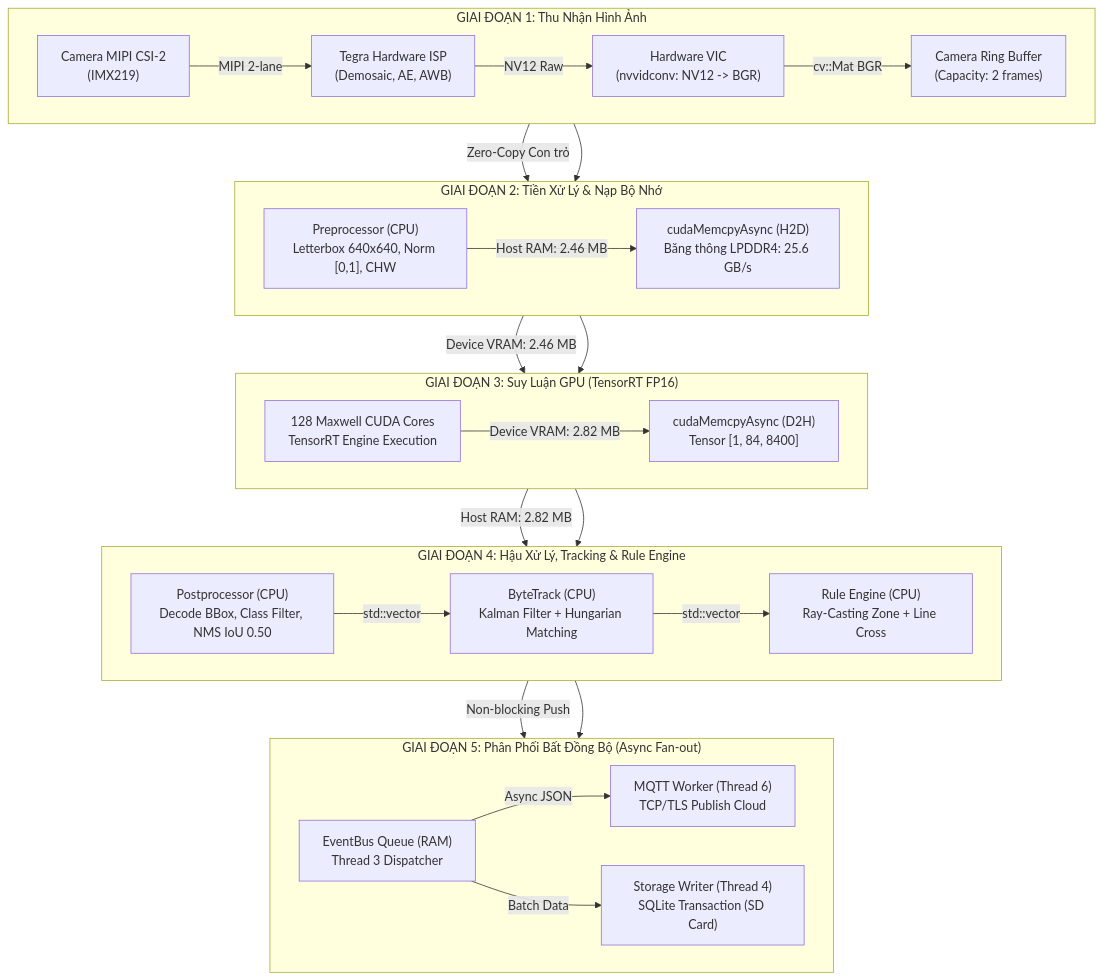
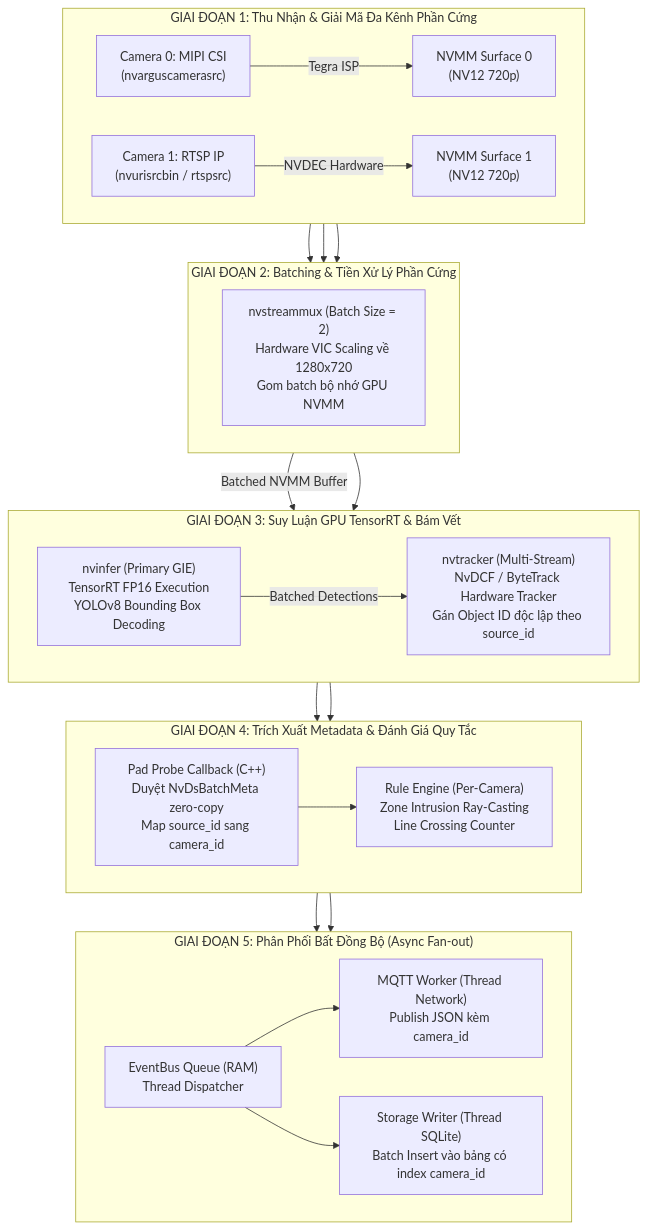
One commit to TranXuanTinh/MultiCamera changed the diagram in docs/design/system_workflow.md. Above: the diagram before and after it, drawn with Mermaid. The commit also changed other lines of this file and 39 other files, not shown here.

Commit message:
Init Multi Camera Project

````diff
--- a/docs/design/system_workflow.md
+++ b/docs/design/system_workflow.md
@@ -10,37 +10,35 @@
 ```mermaid
 flowchart TD
-    subgraph STAGE1["GIAI ĐOẠN 1: Thu Nhận Hình Ảnh"]
+    subgraph STAGE1["GIAI ĐOẠN 1: Thu Nhận & Giải Mã Đa Kênh Phần Cứng"]
         direction LR
-        HW_CAM["Camera MIPI CSI-2\n(IMX219)"] -->|MIPI 2-lane| ISP["Tegra Hardware ISP\n(Demosaic, AE, AWB)"]
-        ISP -->|NV12 Raw| VIC["Hardware VIC\n(nvvidconv: NV12 -> BGR)"]
-        VIC -->|cv::Mat BGR| RBUF["Camera Ring Buffer\n(Capacity: 2 frames)"]
+        CAM_CSI["Camera 0: MIPI CSI<br/>(nvarguscamerasrc)"] -->|"Tegra ISP"| NVMM0["NVMM Surface 0<br/>(NV12 720p)"]
+        CAM_RTSP["Camera 1: RTSP IP<br/>(nvurisrcbin / rtspsrc)"] -->|"NVDEC Hardware"| NVMM1["NVMM Surface 1<br/>(NV12 720p)"]
     end
 
-    subgraph STAGE2["GIAI ĐOẠN 2: Tiền Xử Lý & Nạp Bộ Nhớ"]
+    subgraph STAGE2["GIAI ĐOẠN 2: Batching & Tiền Xử Lý Phần Cứng"]
         direction LR
-        RBUF -->|Zero-Copy Con trỏ| PRE["Preprocessor (CPU)\nLetterbox 640x640, Norm [0,1], CHW"]
-        PRE -->|Host RAM: 2.46 MB| H2D["cudaMemcpyAsync (H2D)\nBăng thông LPDDR4: 25.6 GB/s"]
+        NVMM0 --> MUX["nvstreammux (Batch Size = 2)<br/>Hardware VIC Scaling về 1280x720<br/>Gom batch bộ nhớ GPU NVMM"]
+        NVMM1 --> MUX
     end
 
-    subgraph STAGE3["GIAI ĐOẠN 3: Suy Luận GPU (TensorRT FP16)"]
+    subgraph STAGE3["GIAI ĐOẠN 3: Suy Luận GPU TensorRT & Bám Vết"]
         direction LR
-        H2D -->|Device VRAM: 2.46 MB| TRT["128 Maxwell CUDA Cores\nTensorRT Engine Execution"]
-        TRT -->|Device VRAM: 2.82 MB| D2H["cudaMemcpyAsync (D2H)\nTensor [1, 84, 8400]"]
+        MUX -->|"Batched NVMM Buffer"| PGIE["nvinfer (Primary GIE)<br/>TensorRT FP16 Execution<br/>YOLOv8 Bounding Box Decoding"]
+        PGIE -->|"Batched Detections"| TRK["nvtracker (Multi-Stream)<br/>NvDCF / ByteTrack Hardware Tracker<br/>Gán Object ID độc lập theo source_id"]
     end
 
-    subgraph STAGE4["GIAI ĐOẠN 4: Hậu Xử Lý, Tracking & Rule Engine"]
+    subgraph STAGE4["GIAI ĐOẠN 4: Trích Xuất Metadata & Đánh Giá Quy Tắc"]
         direction LR
-        D2H -->|Host RAM: 2.82 MB| POST["Postprocessor (CPU)\nDecode BBox, Class Filter, NMS IoU 0.50"]
-        POST -->|std::vector<Detection>| TRK["ByteTrack (CPU)\nKalman Filter + Hungarian Matching"]
-        TRK -->|std::vector<TrackedObject>| RULE["Rule Engine (CPU)\nRay-Casting Zone + Line Cross"]
+        TRK --> PROBE["Pad Probe Callback (C++)<br/>Duyệt NvDsBatchMeta zero-copy<br/>Map source_id sang camera_id"]
+        PROBE --> RULE["Rule Engine (Per-Camera)<br/>Zone Intrusion Ray-Casting<br/>Line Crossing Counter"]
     end
 
     subgraph STAGE5["GIAI ĐOẠN 5: Phân Phối Bất Đồng Bộ (Async Fan-out)"]
         direction LR
-        RULE -->|Non-blocking Push| EBUS["EventBus Queue (RAM)\nThread 3 Dispatcher"]
-        EBUS -->|Async JSON| MQTT["MQTT Worker (Thread 6)\nTCP/TLS Publish Cloud"]
-        EBUS -->|Batch Data| SQL["Storage Writer (Thread 4)\nSQLite Transaction (SD Card)"]
+        RULE --> EBUS["EventBus Queue (RAM)<br/>Thread Dispatcher"]
+        EBUS --> MQTT["MQTT Worker (Thread Network)<br/>Publish JSON kèm camera_id"]
+        EBUS --> SQL["Storage Writer (Thread SQLite)<br/>Batch Insert vào bảng có index camera_id"]
     end
 
     STAGE1 --> STAGE2 --> STAGE3 --> STAGE4 --> STAGE5
 ```
````
